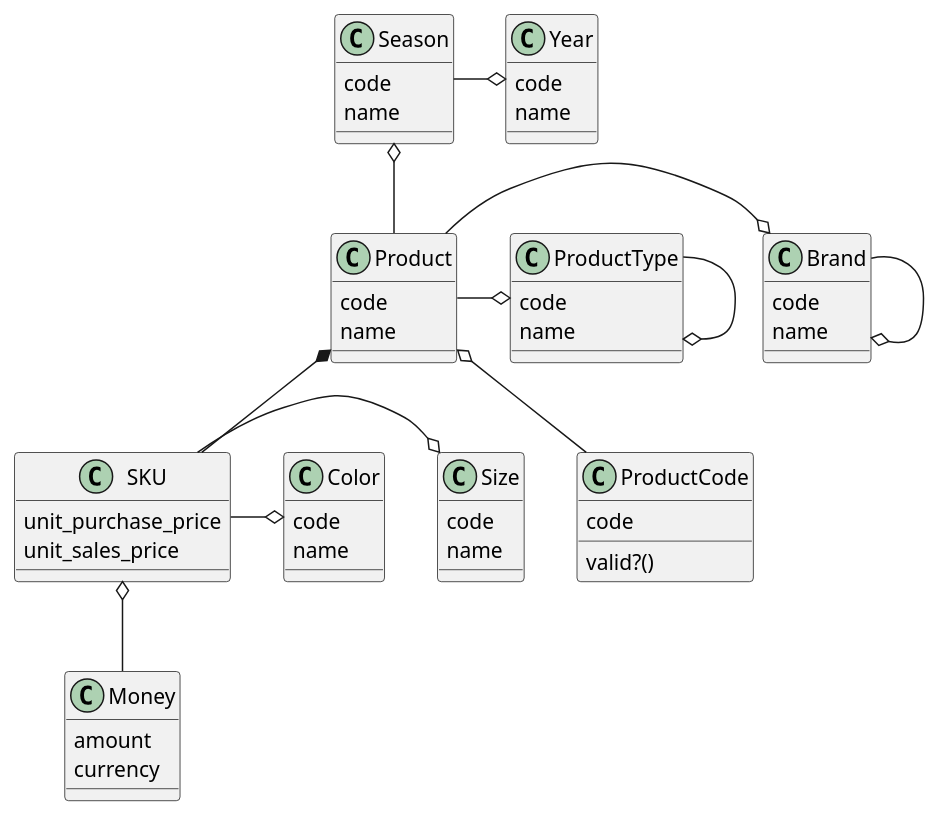
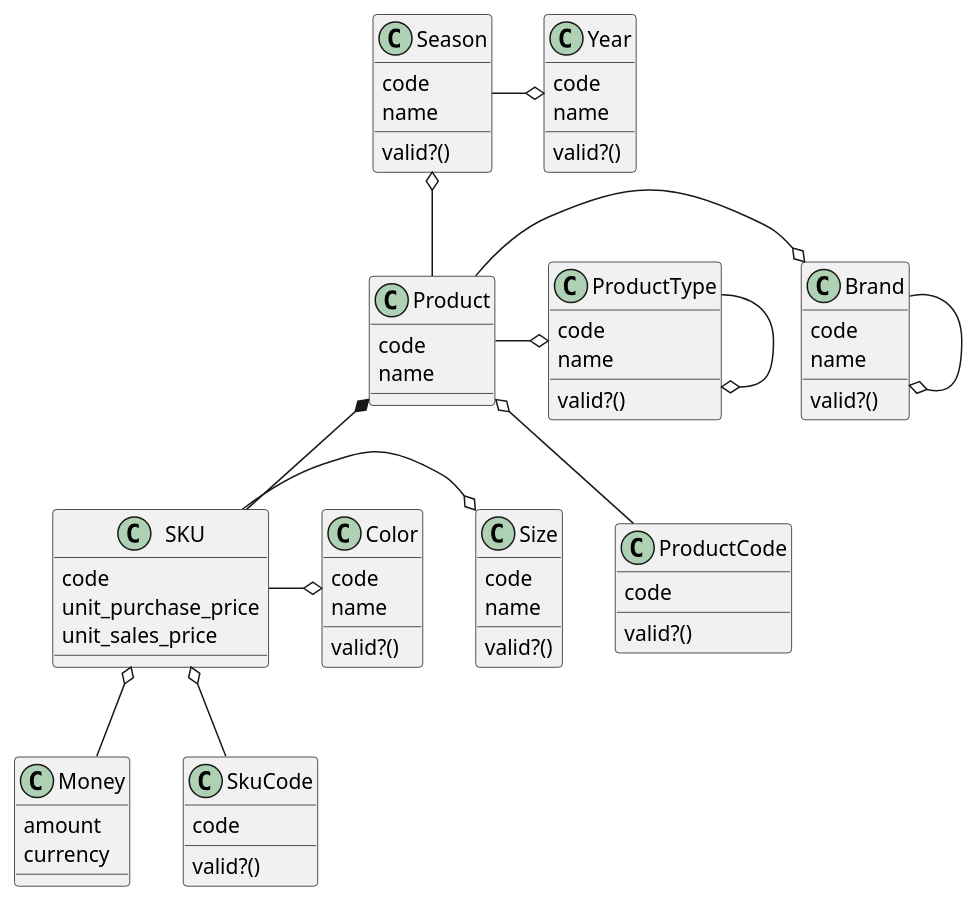
The second of 3 diagrams in docs/dev/sales_modeling/type3_product.md (k2works/etude_for_rails), drawn with PlantUML before and after one commit. The commit also changed other lines of this file and 11 other files, not shown here.

````diff
--- a/docs/dev/sales_modeling/type3_product.md
+++ b/docs/dev/sales_modeling/type3_product.md
@@ -80,53 +80,65 @@
 ```puml
 class Product {
   code
   name
 }
 class SKU {
+  code
   unit_purchase_price
   unit_sales_price  
 }
 class Year {
   code
   name
+  valid?()  
 }
 class Season {
   code
   name
+  valid?()  
 }
 class Brand {
   code
   name
+  valid?()  
 }
 class ProductType {
   code
   name
+  valid?()  
 }
 class Size {
   code
   name
+  valid?()  
 }
 class Color {
   code
   name
+  valid?()  
 }
 class ProductCode {
   code
   valid?()
 }
 class Money {
   amount
   currency
+}
+class SkuCode {
+  code
+  valid?()
 }
 Product *-- SKU
 Product -o Brand
 Brand -o Brand
 Product -ro ProductType
 ProductType -o ProductType
 Season o-- Product
 Season -o Year
 SKU -o Size
 SKU -ro Color
 Product o-- ProductCode
 SKU o-- Money
+SKU o-- SkuCode
 ```
````
